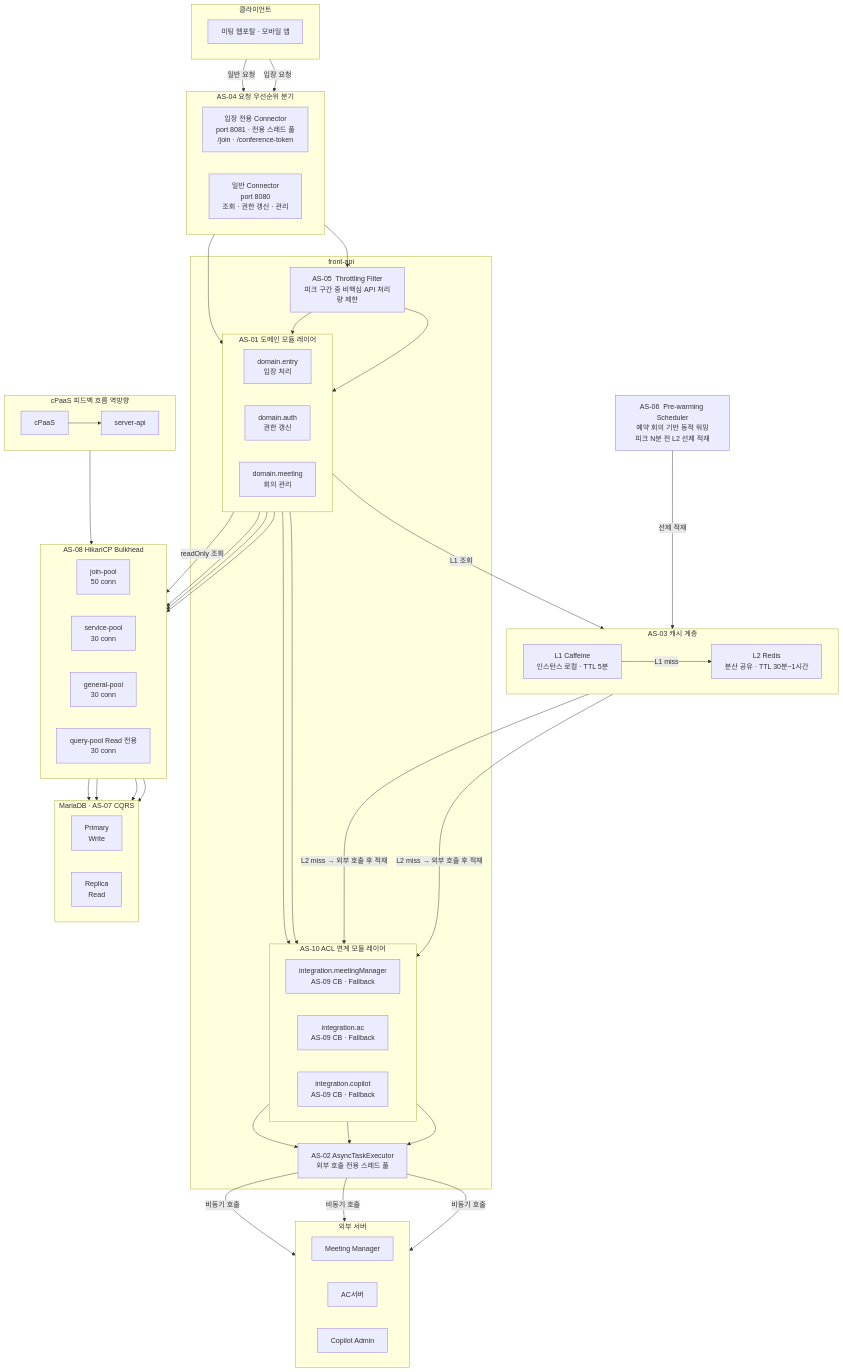
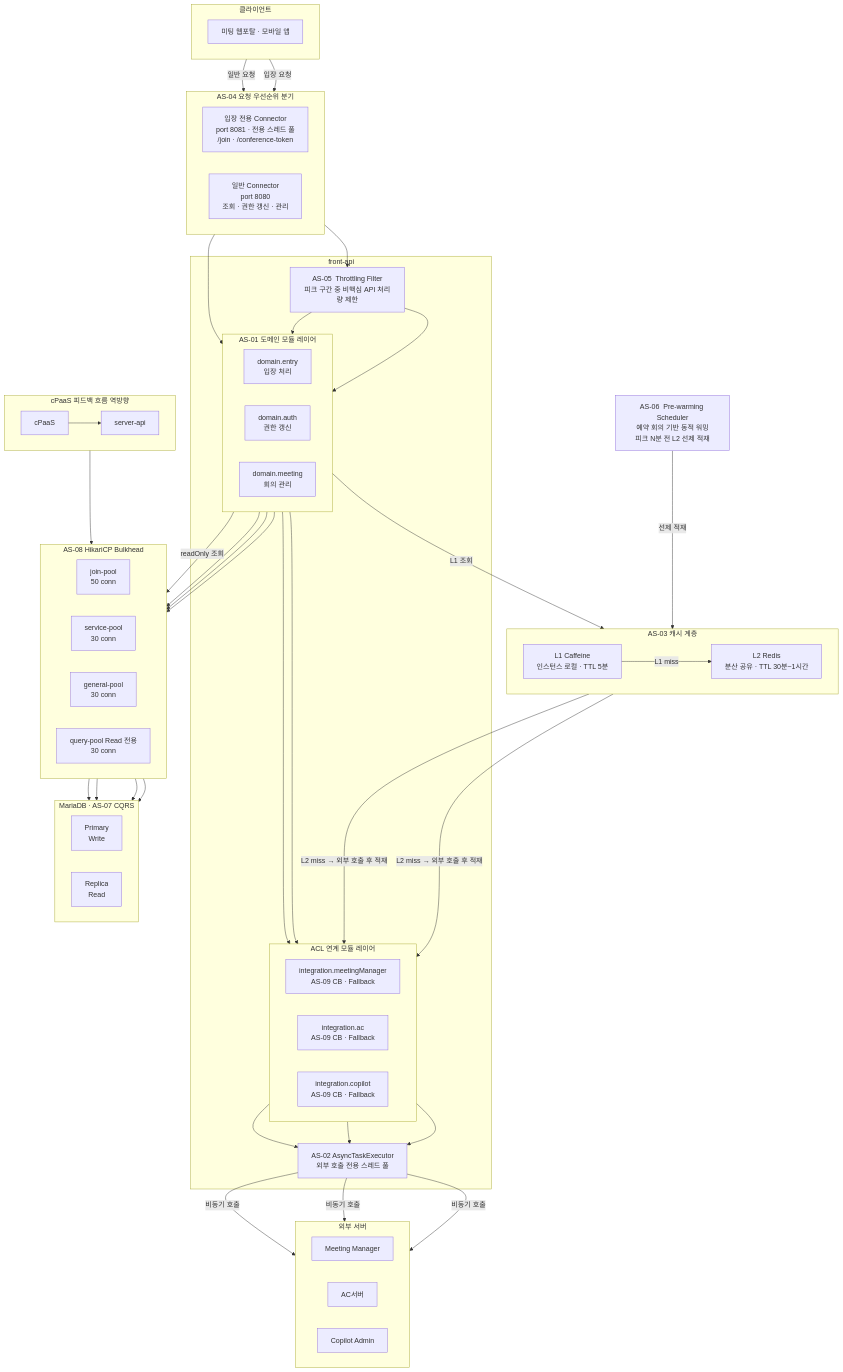
The diagram in docs/05-architecture-design/4.1-conceptual/4.1.1-concept-diagram.md (sujinnkim/A_Personal), drawn with Mermaid before and after one commit. The commit also changed other lines of this file and 24 other files, not shown here.

```diff
--- a/docs/05-architecture-design/4.1-conceptual/4.1.1-concept-diagram.md
+++ b/docs/05-architecture-design/4.1-conceptual/4.1.1-concept-diagram.md
@@ -30,7 +30,7 @@
             MEET["domain.meeting\n회의 관리"]
         end
 
-        subgraph ACL_MOD["AS-10  ACL 연계 모듈 레이어"]
+        subgraph ACL_MOD["ACL 연계 모듈 레이어"]
             direction LR
             MM_INT["integration.meetingManager\nAS-09 CB · Fallback"]
             AC_INT["integration.ac\nAS-09 CB · Fallback"]
```
